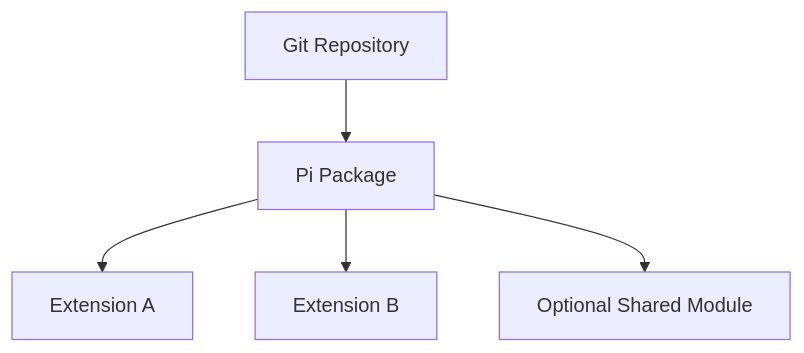
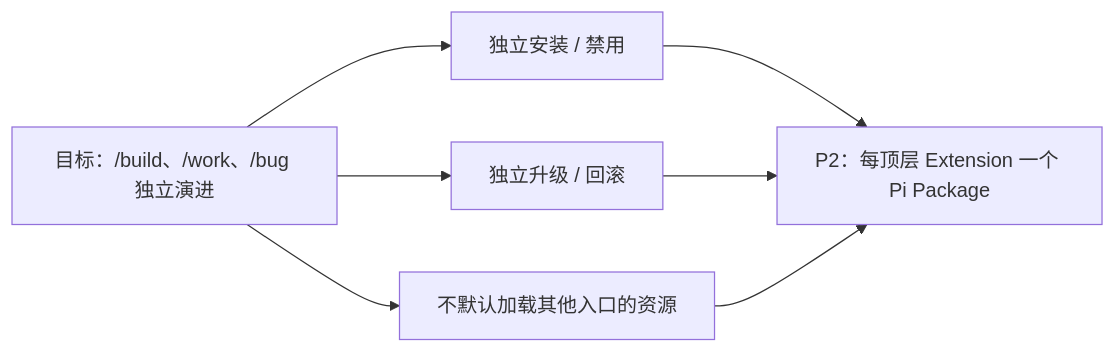
The third of 10 diagrams in docs/00-repository-organization/technical-design.md (ZHOUKAILIAN/my-pi-extension), drawn with Mermaid before and after one commit. The commit also changed other lines of this file and 7 other files, not shown here.

Commit message:
docs: decide workflow runtime architecture

````diff
--- a/docs/00-repository-organization/technical-design.md
+++ b/docs/00-repository-organization/technical-design.md
@@ -25,13 +121,9 @@
 ```mermaid
-flowchart TD
-    repository[Git Repository]
-    package[Pi Package]
-    extensionA[Extension A]
-    extensionB[Extension B]
-    shared[Optional Shared Module]
-
-    repository --> package
-    package --> extensionA
-    package --> extensionB
-    package --> shared
+flowchart LR
+    need[目标：/build、/work、/bug 独立演进] --> install[独立安装 / 禁用]
+    need --> release[独立升级 / 回滚]
+    need --> surface[不默认加载其他入口的资源]
+    install --> p2[P2：每顶层 Extension 一个 Pi Package]
+    release --> p2
+    surface --> p2
 ```
````
